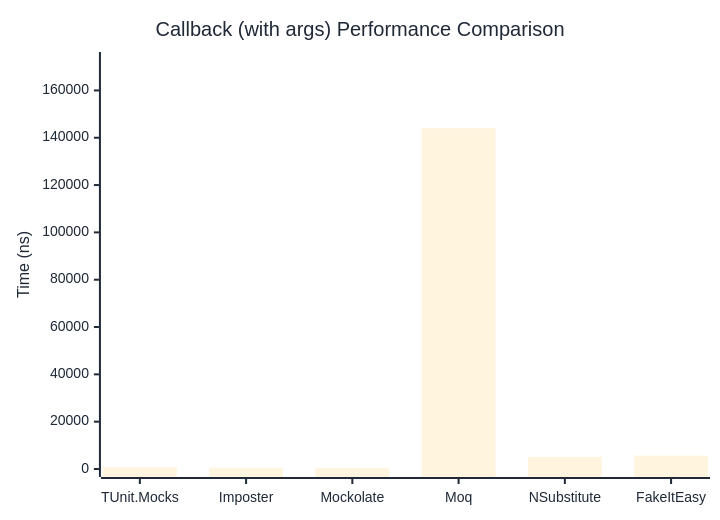
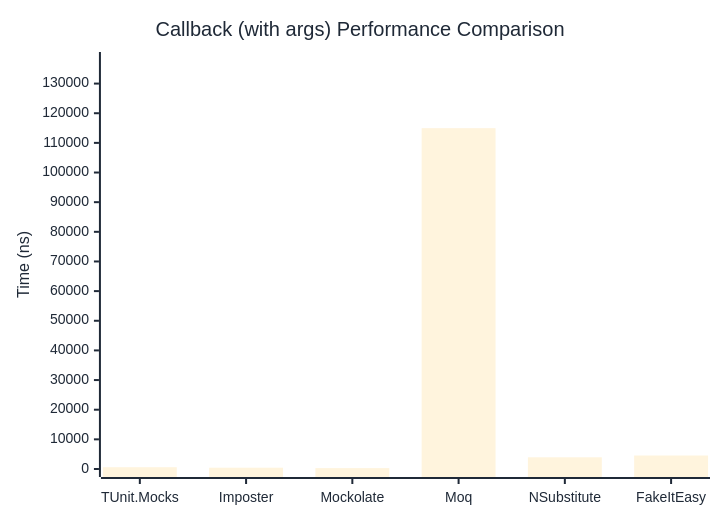
The second of 2 diagrams in docs/docs/benchmarks/mocks/Callback.md (thomhurst/TUnit), drawn with Mermaid before and after one commit. The commit also changed other lines of this file and 14 other files, not shown here.

````diff
--- a/docs/docs/benchmarks/mocks/Callback.md
+++ b/docs/docs/benchmarks/mocks/Callback.md
@@ -71,27 +71,27 @@
 ```mermaid
 %%{init: {
   'theme':'base',
   'themeVariables': {
     'primaryColor': '#2563eb',
     'primaryTextColor': '#1f2937',
     'primaryBorderColor': '#1e40af',
     'lineColor': '#6b7280',
     'secondaryColor': '#7c3aed',
     'tertiaryColor': '#dc2626',
     'background': '#ffffff',
     'pie1': '#2563eb',
     'pie2': '#7c3aed',
     'pie3': '#dc2626',
     'pie4': '#f59e0b',
     'pie5': '#10b981',
     'pie6': '#06b6d4',
     'pie7': '#ec4899',
     'pie8': '#6366f1'
   }
 }}%%
 xychart-beta
   title "Callback (with args) Performance Comparison"
   x-axis ["TUnit.Mocks", "Imposter", "Mockolate", "Moq", "NSubstitute", "FakeItEasy"]
-  y-axis "Time (ns)" 0 --> 172850
-  bar [812.3, 534.4, 391.2, 144041, 5154.5, 5663.1]
+  y-axis "Time (ns)" 0 --> 137954
+  bar [600.6, 434.1, 305.6, 114961.5, 3942, 4552.1]
 ```
````
